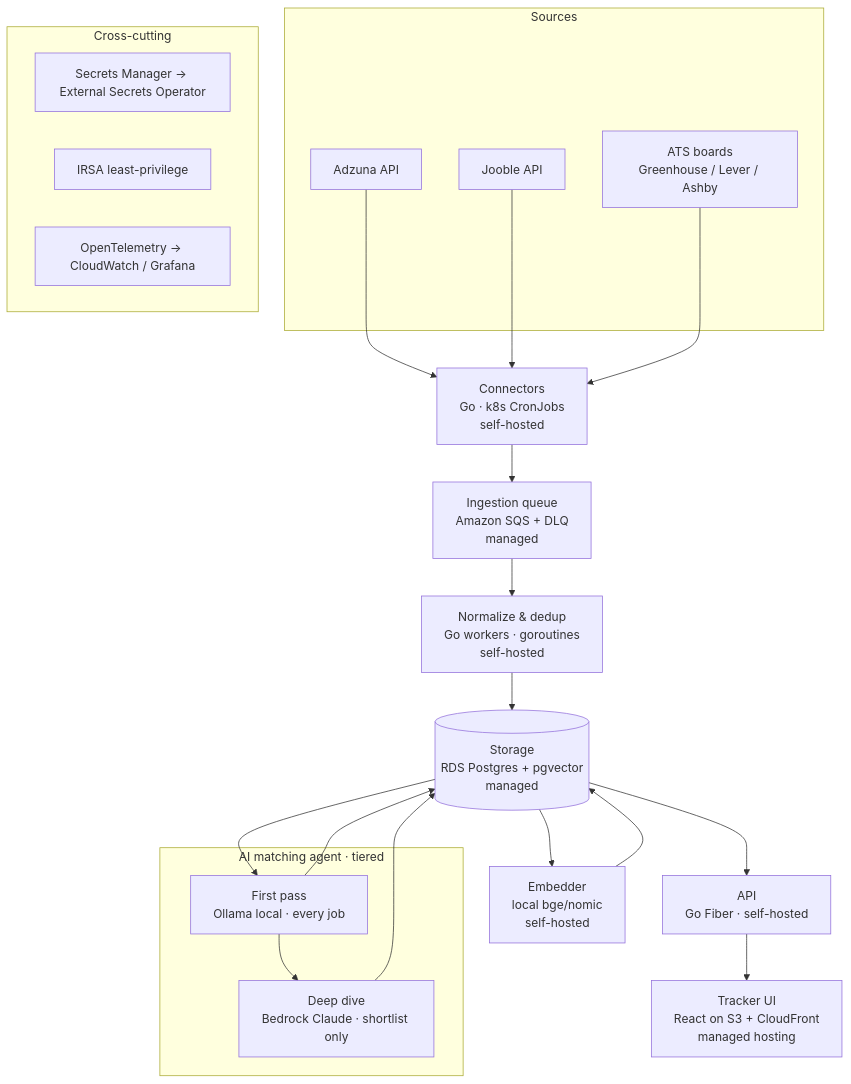
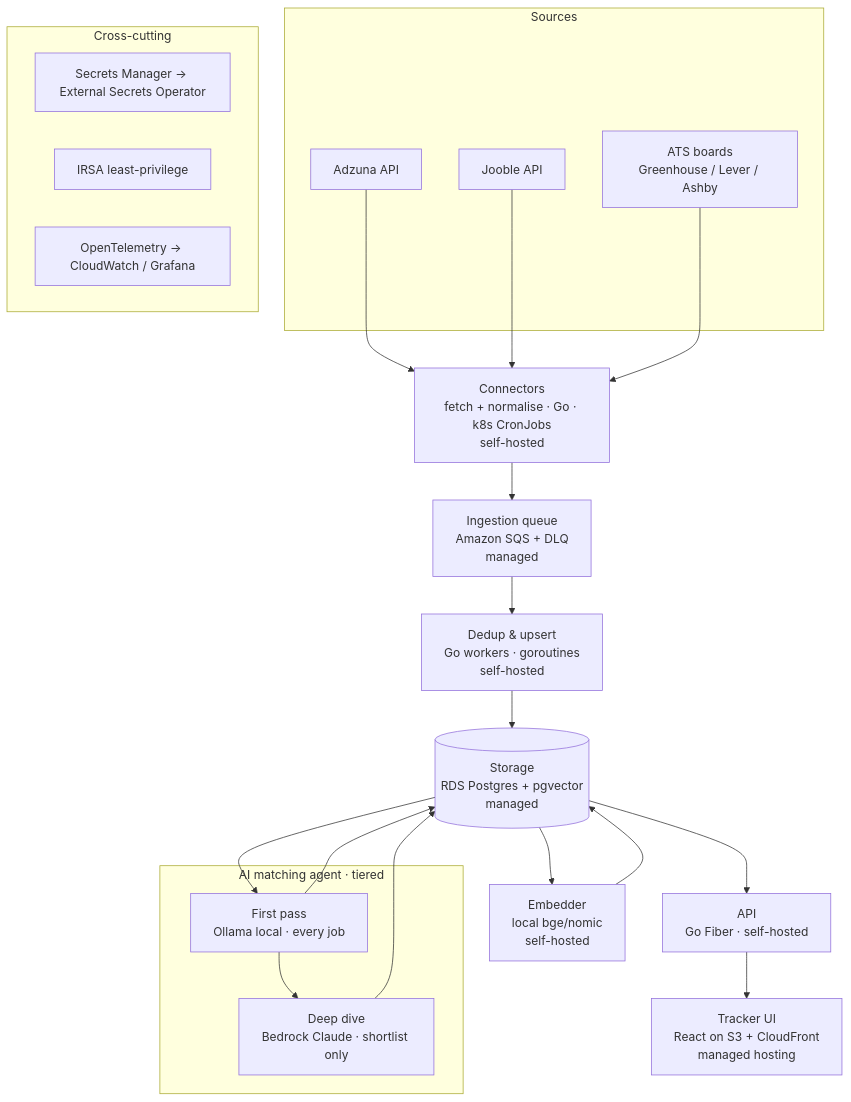
One commit to as76513/JobSonar changed the diagram in docs/ARCHITECTURE.md. Above: the diagram before and after it, drawn with Mermaid. The commit also changed other lines of this file and 22 other files, not shown here.

````diff
--- a/docs/ARCHITECTURE.md
+++ b/docs/ARCHITECTURE.md
@@ -7,38 +7,38 @@
 ```mermaid
 flowchart TD
     subgraph SRC[Sources]
         A1[Adzuna API]
         A2[Jooble API]
         A3[ATS boards<br/>Greenhouse / Lever / Ashby]
     end
 
-    C[Connectors<br/>Go · k8s CronJobs<br/>self-hosted]
+    C[Connectors<br/>fetch + normalise · Go · k8s CronJobs<br/>self-hosted]
     Q[Ingestion queue<br/>Amazon SQS + DLQ<br/>managed]
-    W[Normalize & dedup<br/>Go workers · goroutines<br/>self-hosted]
+    W[Dedup & upsert<br/>Go workers · goroutines<br/>self-hosted]
     DB[(Storage<br/>RDS Postgres + pgvector<br/>managed)]
     EMB[Embedder<br/>local bge/nomic<br/>self-hosted]
 
     subgraph AGENT[AI matching agent · tiered]
         T1[First pass<br/>Ollama local · every job]
         T2[Deep dive<br/>Bedrock Claude · shortlist only]
     end
 
     API[API<br/>Go Fiber · self-hosted]
     UI[Tracker UI<br/>React on S3 + CloudFront<br/>managed hosting]
 
     A1 --> C
     A2 --> C
     A3 --> C
     C --> Q --> W --> DB
     DB --> EMB --> DB
     DB --> T1 --> T2
     T1 --> DB
     T2 --> DB
     DB --> API --> UI
 
     subgraph X[Cross-cutting]
         SEC[Secrets Manager -> External Secrets Operator]
         IAM[IRSA least-privilege]
         OTEL[OpenTelemetry -> CloudWatch / Grafana]
     end
 ```
````
